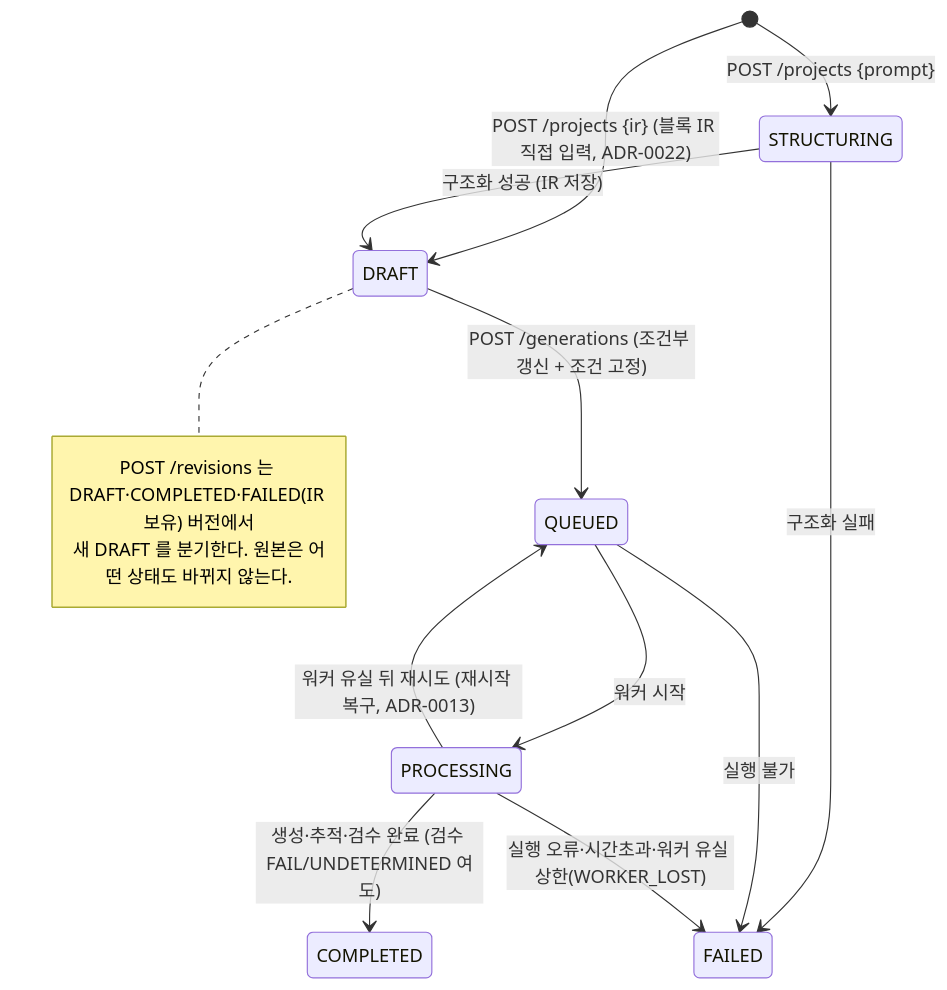
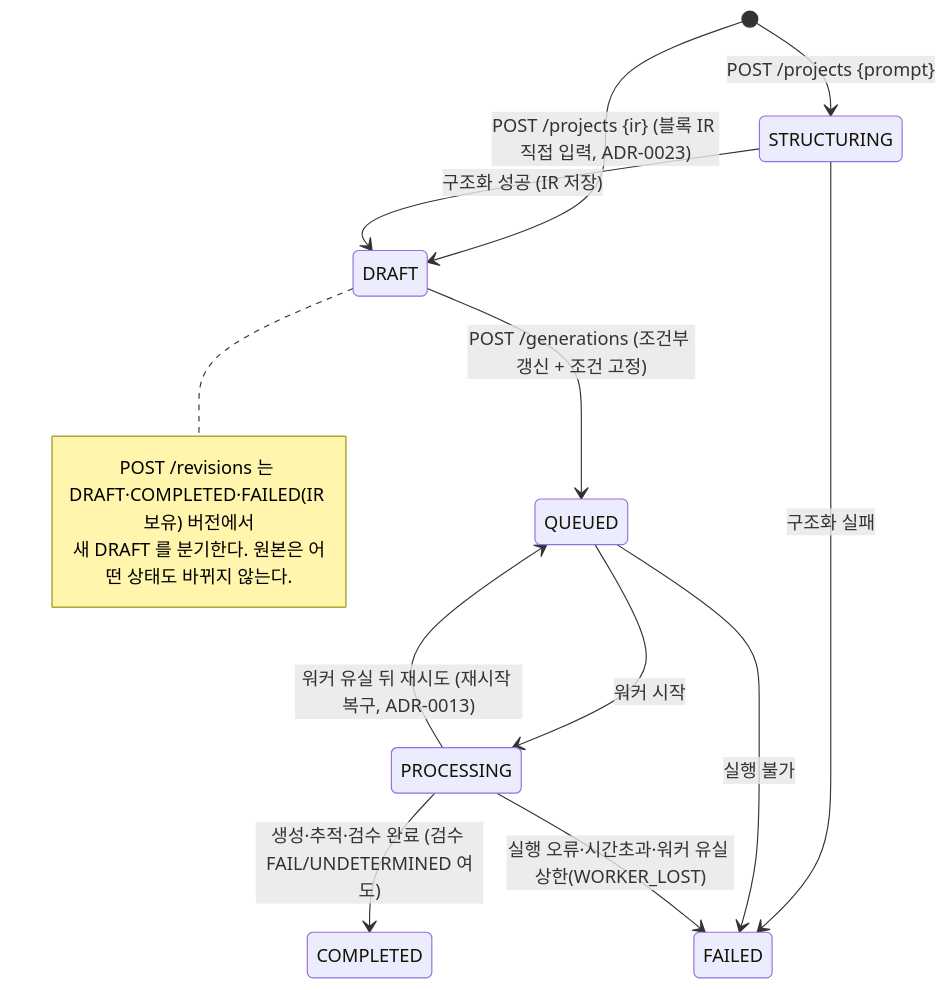
Before and after one commit to sw1029/project_videoManager: the third of 3 diagrams in docs/ARCHITECTURE.md, drawn with Mermaid. The commit also changed other lines of this file and 8 other files, not shown here.

````diff
--- a/docs/ARCHITECTURE.md
+++ b/docs/ARCHITECTURE.md
@@ -137,17 +137,17 @@
 ```mermaid
 stateDiagram-v2
   [*] --> STRUCTURING : POST /projects {prompt}
-  [*] --> DRAFT : POST /projects {ir} (블록 IR 직접 입력, ADR-0022)
+  [*] --> DRAFT : POST /projects {ir} (블록 IR 직접 입력, ADR-0023)
   STRUCTURING --> DRAFT : 구조화 성공 (IR 저장)
   STRUCTURING --> FAILED : 구조화 실패
   DRAFT --> QUEUED : POST /generations (조건부 갱신 + 조건 고정)
   QUEUED --> PROCESSING : 워커 시작
   QUEUED --> FAILED : 실행 불가
   PROCESSING --> COMPLETED : 생성·추적·검수 완료 (검수 FAIL/UNDETERMINED 여도)
   PROCESSING --> FAILED : 실행 오류·시간초과·워커 유실 상한(WORKER_LOST)
   PROCESSING --> QUEUED : 워커 유실 뒤 재시도 (재시작 복구, ADR-0013)
   note right of DRAFT
     POST /revisions 는 DRAFT·COMPLETED·FAILED(IR 보유) 버전에서
     새 DRAFT 를 분기한다. 원본은 어떤 상태도 바뀌지 않는다.
   end note
 ```
````
